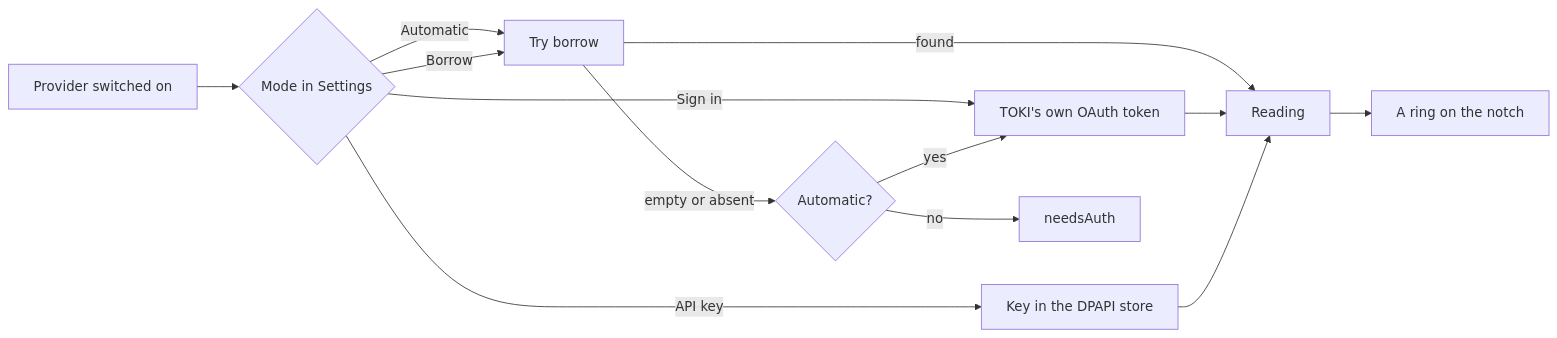
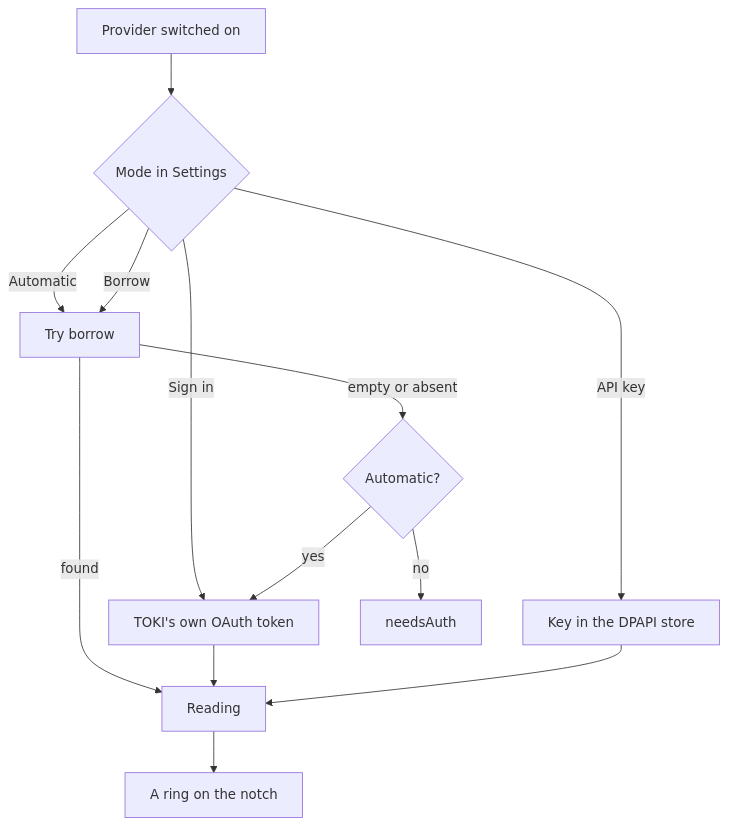
The first of 4 diagrams in README.md (kim-san-web/toki), drawn with Mermaid before and after one commit.

Commit message:
Lay the credential flow top down
Left to right rendered 1742px wide, which GitHub scales into the README column
until the labels stop being readable. Top down is 802px and fits at close to
1:1.

````diff
--- a/README.md
+++ b/README.md
@@ -165,15 +165,15 @@
 ```mermaid
-flowchart LR
+flowchart TD
   A["Provider switched on"] --> B{"Mode in Settings"}
   B -->|Automatic| C["Try borrow"]
   B -->|Borrow| C
   B -->|Sign in| E["TOKI's own OAuth token"]
   B -->|API key| F["Key in the DPAPI store"]
   C -->|found| G["Reading"]
   C -->|"empty or absent"| D{"Automatic?"}
   D -->|yes| E
   D -->|no| H["needsAuth"]
   E --> G
   F --> G
   G --> I["A ring on the notch"]
 ```
````
